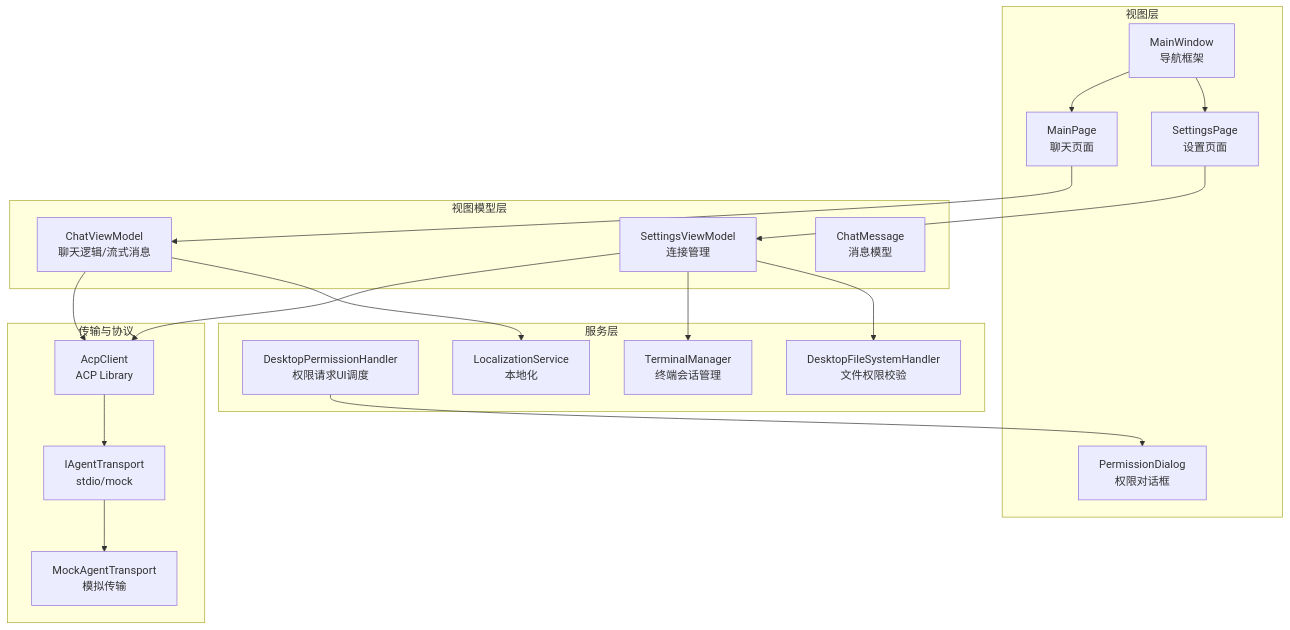
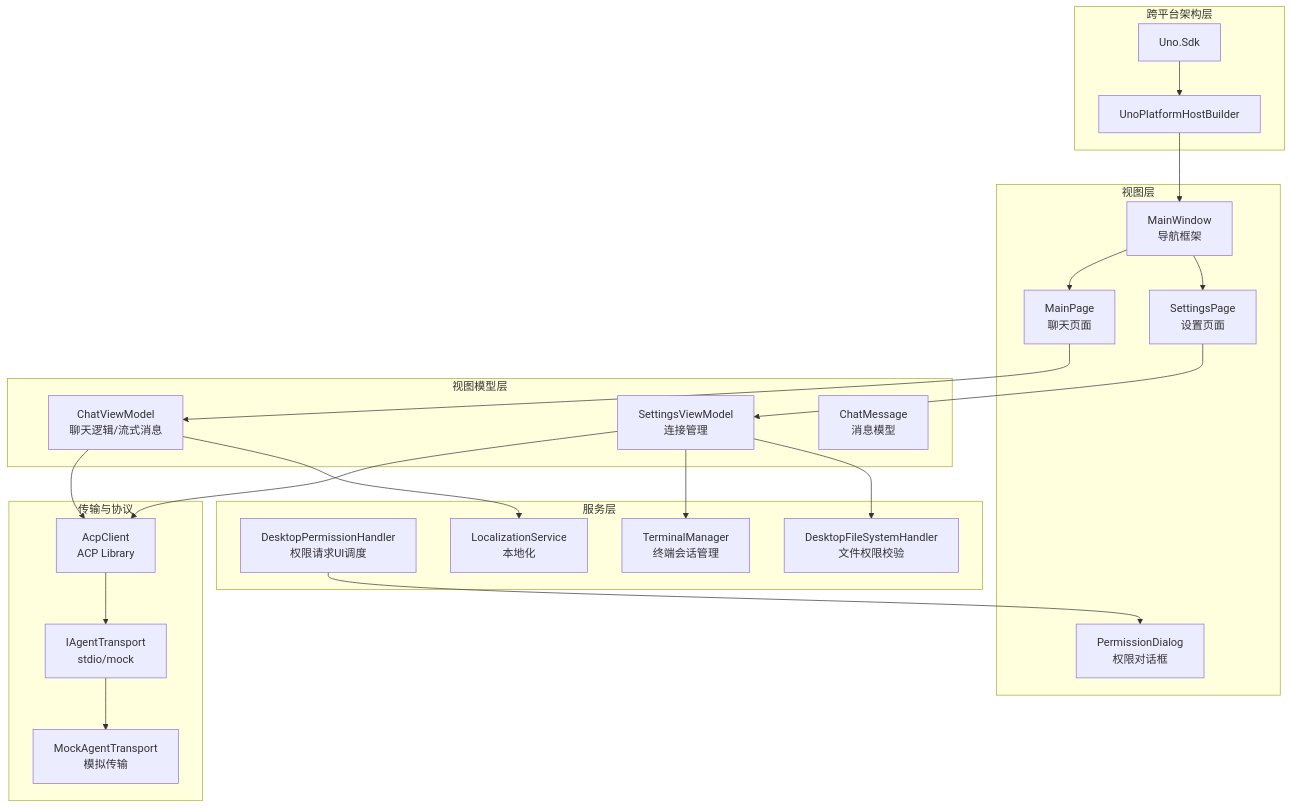
The second of 9 diagrams in .qoder/repowiki/zh/content/项目概述.md (AgenticDesktop/App), drawn with Mermaid before and after one commit. The commit also changed other lines of this file and 108 other files, not shown here.

````diff
--- a/.qoder/repowiki/zh/content/项目概述.md
+++ b/.qoder/repowiki/zh/content/项目概述.md
@@ -55,37 +126,43 @@
 ```mermaid
 graph TB
+subgraph "跨平台架构层"
+UNO["Uno.Sdk"]
+HOST["UnoPlatformHostBuilder"]
+end
 subgraph "视图层"
 MW["MainWindow<br/>导航框架"]
 MP["MainPage<br/>聊天页面"]
 SP["SettingsPage<br/>设置页面"]
 PD["PermissionDialog<br/>权限对话框"]
 end
 subgraph "视图模型层"
 CVM["ChatViewModel<br/>聊天逻辑/流式消息"]
 SVM["SettingsViewModel<br/>连接管理"]
 MSG["ChatMessage<br/>消息模型"]
 end
 subgraph "服务层"
 PH["DesktopPermissionHandler<br/>权限请求UI调度"]
 TM["TerminalManager<br/>终端会话管理"]
 FSH["DesktopFileSystemHandler<br/>文件权限校验"]
 LS["LocalizationService<br/>本地化"]
 end
 subgraph "传输与协议"
 ACPLIB["AcpClient<br/>ACP Library"]
 IAT["IAgentTransport<br/>stdio/mock"]
 MAT["MockAgentTransport<br/>模拟传输"]
 end
+UNO --> HOST
+HOST --> MW
 MW --> MP
 MW --> SP
 MP --> CVM
 SP --> SVM
 CVM --> ACPLIB
 SVM --> ACPLIB
 ACPLIB --> IAT
 IAT --> MAT
 SVM --> TM
 SVM --> FSH
 CVM --> LS
 PH --> PD
 ```
````
